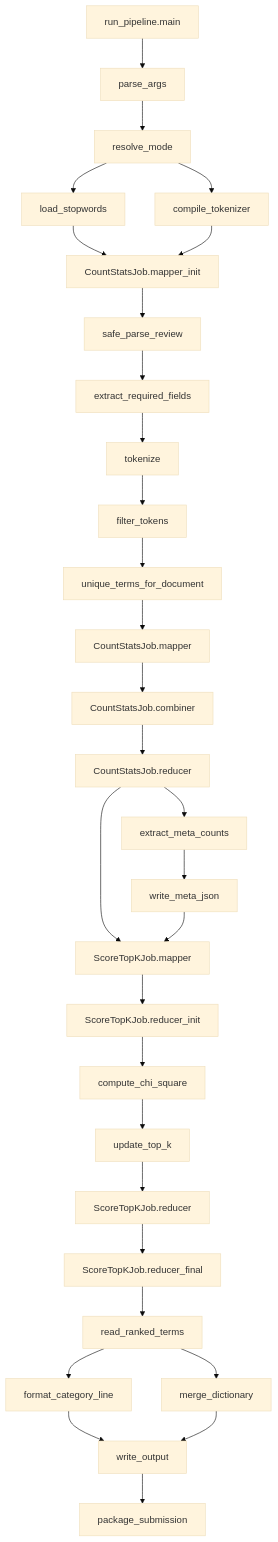
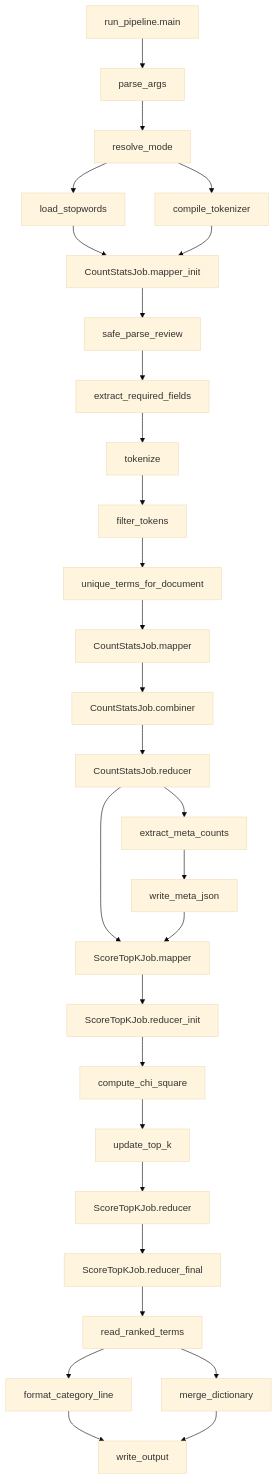
One commit to eetomilin-ops/Data-intensive-Computing-2026 changed the second of 2 diagrams in Task1/requirements/arch.md. Above: the diagram before and after it, drawn with Mermaid (base theme). The commit also changed other lines of this file and 4 other files, not shown here.

````diff
--- a/Task1/requirements/arch.md
+++ b/Task1/requirements/arch.md
@@ -65,32 +63,31 @@
 ```mermaid
 flowchart TD
     A[run_pipeline.main] --> B[parse_args]
     B --> C[resolve_mode]
     C --> D[load_stopwords]
     C --> E[compile_tokenizer]
     D --> F[CountStatsJob.mapper_init]
     E --> F
     F --> G[safe_parse_review]
     G --> H[extract_required_fields]
     H --> I[tokenize]
     I --> J[filter_tokens]
     J --> K[unique_terms_for_document]
     K --> L[CountStatsJob.mapper]
     L --> M[CountStatsJob.combiner]
     M --> N[CountStatsJob.reducer]
     N --> O[extract_meta_counts]
     O --> P[write_meta_json]
     N --> Q[ScoreTopKJob.mapper]
     P --> Q
     Q --> R[ScoreTopKJob.reducer_init]
     R --> S[compute_chi_square]
     S --> T[update_top_k]
     T --> U[ScoreTopKJob.reducer]
     U --> V[ScoreTopKJob.reducer_final]
     V --> W[read_ranked_terms]
     W --> X[format_category_line]
     W --> Y[merge_dictionary]
     X --> Z[write_output]
     Y --> Z
-    Z --> AA[package_submission]
 ```
````
